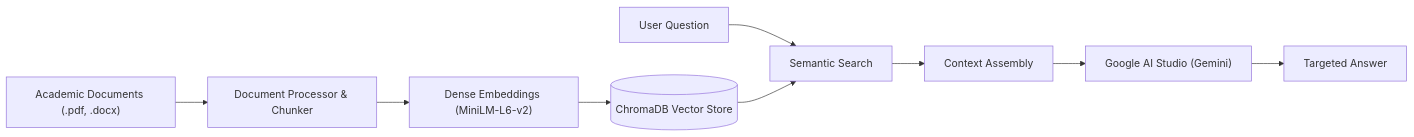
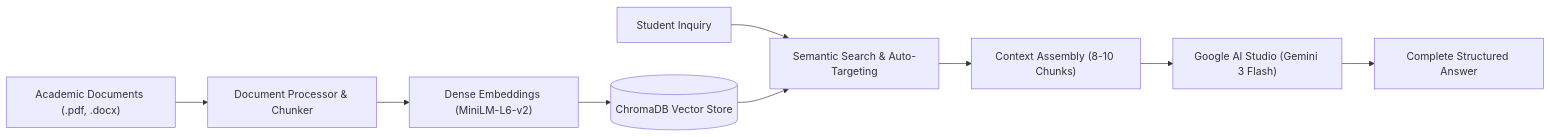
Before and after one commit to jeel190/College-GPT: the diagram in README.md, drawn with Mermaid. The commit also changed other lines of this file and 10 other files, not shown here.

````diff
--- a/README.md
+++ b/README.md
@@ -36,12 +36,12 @@
 ```mermaid
 flowchart LR
     A["Academic Documents (.pdf, .docx)"] --> B["Document Processor & Chunker"]
     B --> C["Dense Embeddings (MiniLM-L6-v2)"]
     C --> D[("ChromaDB Vector Store")]
 
-    E["User Question"] --> F["Semantic Search"]
+    E["Student Inquiry"] --> F["Semantic Search & Auto-Targeting"]
     D --> F
-    F --> G["Context Assembly"]
-    G --> H["Google AI Studio (Gemini)"]
-    H --> I["Targeted Answer"]
+    F --> G["Context Assembly (8-10 Chunks)"]
+    G --> H["Google AI Studio (Gemini 3 Flash)"]
+    H --> I["Complete Structured Answer"]
 ```
````
